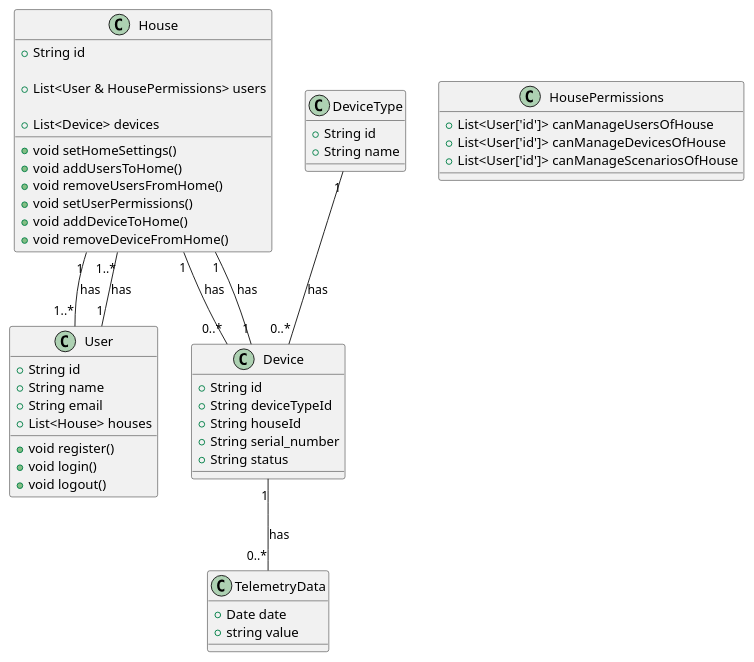
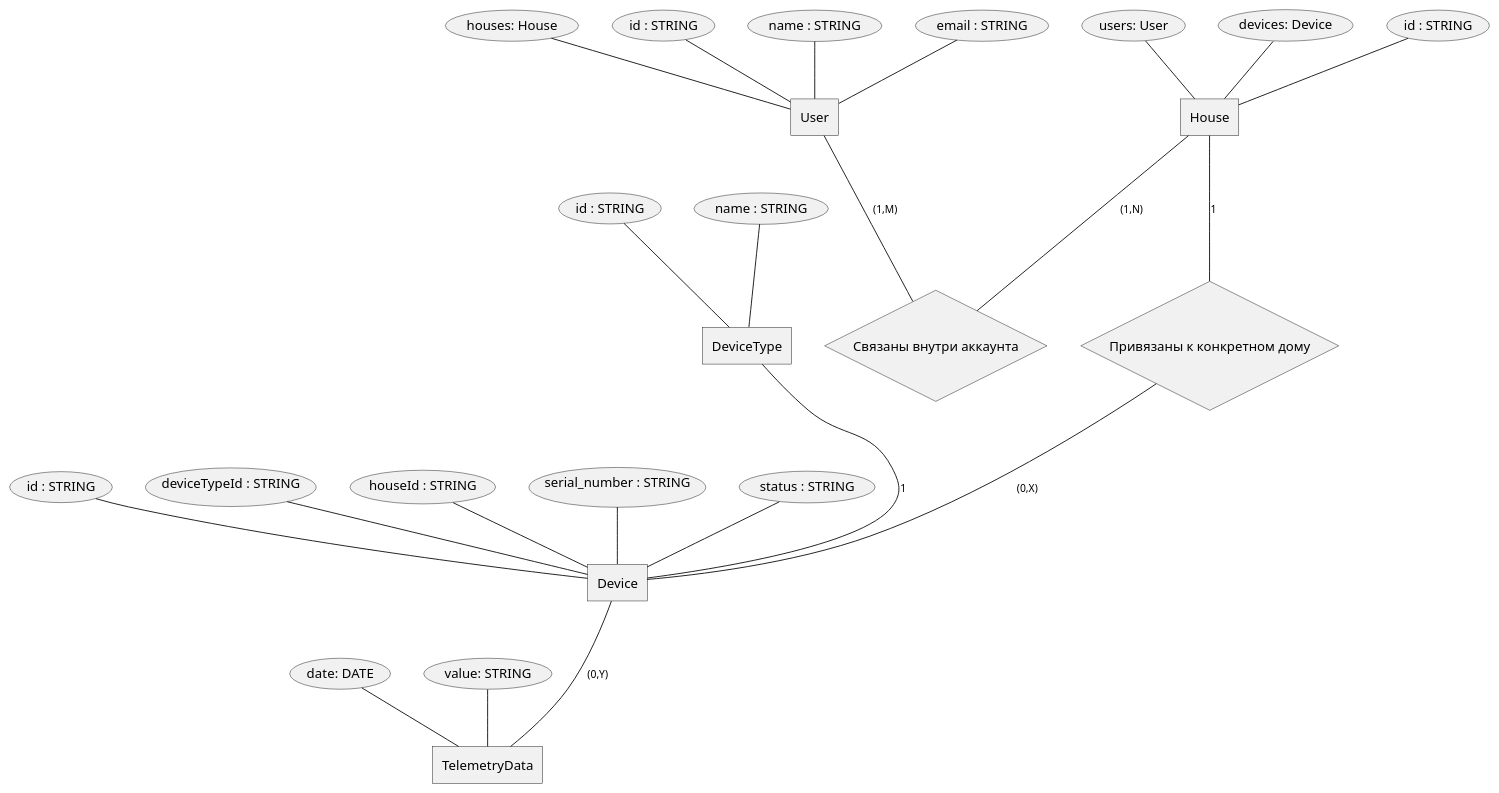
Before and after one commit to LyulyaevMaxim/architecture-sprint-3: the diagram in docs/task3.er.puml, drawn with PlantUML. The commit also changed 1 other file, not shown here.

```diff
--- a/docs/task3.er.puml
+++ b/docs/task3.er.puml
@@ -1,59 +1,49 @@
-@startuml
-class House {
-  +String id
-  +void setHomeSettings()
+@startchen
 
-  +List<User & HousePermissions> users
-  +void addUsersToHome()
-  +void removeUsersFromHome()
-  +void setUserPermissions()
-
-  +List<Device> devices
-  +void addDeviceToHome()
-  +void removeDeviceFromHome()
+entity House {
+  id : STRING
+  users: User
+  devices: Device <<id>>
 }
 
-class HousePermissions {
-  +List<User['id']> canManageUsersOfHouse
-  +List<User['id']> canManageDevicesOfHouse
-  +List<User['id']> canManageScenariosOfHouse
+entity User {
+  id : STRING
+  name : STRING
+  email : STRING
+  houses: House <<id>>
 }
 
-class User {
-  +String id
-  +String name
-  +String email
-  +List<House> houses
-  +void register()
-  +void login()
-  +void logout()
+entity Device {
+  id : STRING
+  deviceTypeId : STRING
+  houseId : STRING
+  serial_number : STRING
+  status : STRING
 }
 
-class Device {
-  +String id
-  +String deviceTypeId
-  +String houseId
-  +String serial_number
-  +String status
+entity DeviceType {
+  id : STRING
+  name : STRING
 }
 
-class DeviceType {
-  +String id
-  +String name
+entity TelemetryData {
+  date: DATE
+  value: STRING
 }
 
-class TelemetryData {
-  +Date date
-  +string value
+relationship "Связаны внутри аккаунта" as Linked_to_account {
 }
 
-User "1" -- "1..*" House : has
+House -(1,N)- Linked_to_account
+User -(1,M)- Linked_to_account
 
-House "1" -- "1..*" User : has
-House "1" -- "0..*" Device : has
+relationship "Привязаны к конкретном дому" as Linked_to_house {
+}
 
-Device "1" -- "1" House : has
-Device "1" -- "0..*" TelemetryData : has
+House -1- Linked_to_house
+Linked_to_house -(0,X)- Device
 
-DeviceType "1" -- "0..*" Device : has
-@enduml
+Device -(0,Y)- TelemetryData
+
+DeviceType -1- Device
+@endchen
```
